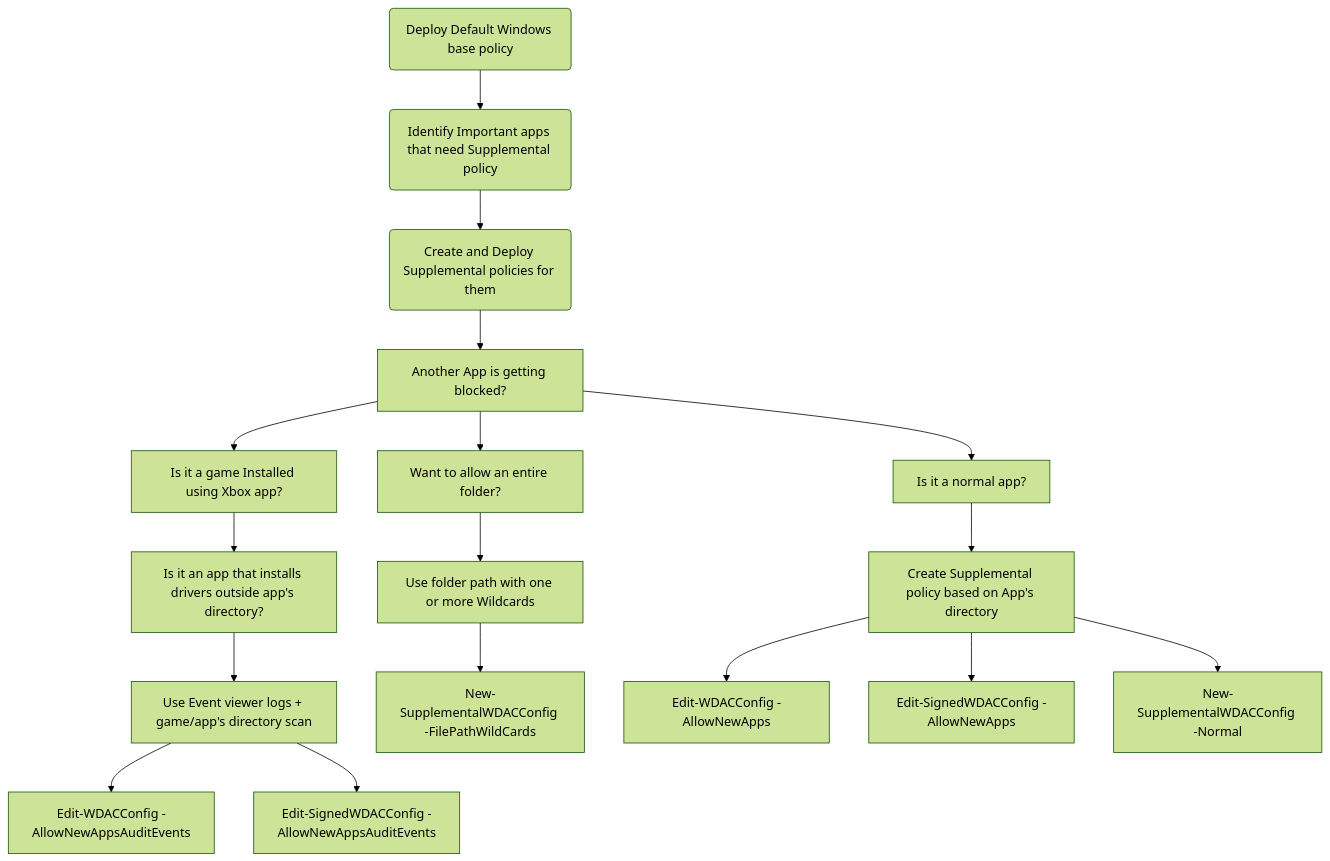
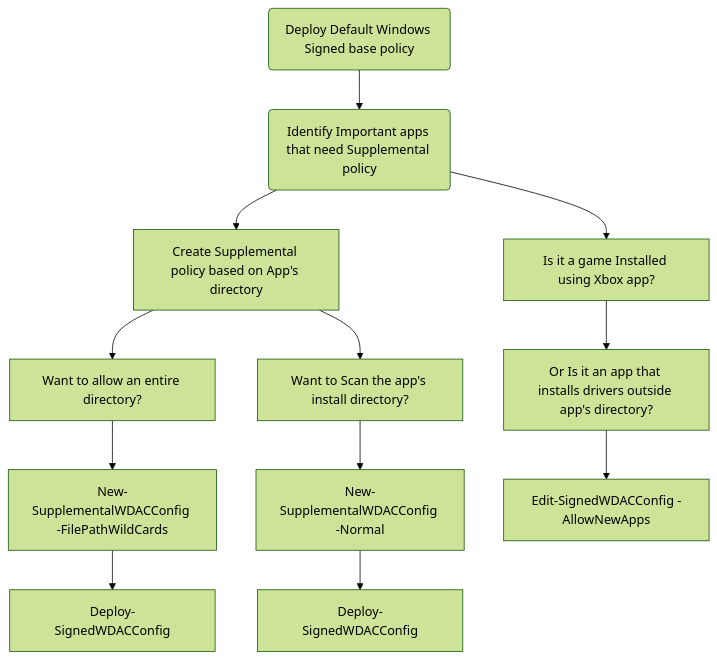
Before and after one commit to HotCakeX/Harden-Windows-Security: the diagram in Wiki posts/Windows Defender Application Control (WDAC)/WDAC for Fully managed device - Variant 4.md, drawn with Mermaid (forest theme). The commit also changed other lines of this file, not shown here.

````diff
--- a/Wiki posts/Windows Defender Application Control (WDAC)/WDAC for Fully managed device - Variant 4.md
+++ b/Wiki posts/Windows Defender Application Control (WDAC)/WDAC for Fully managed device - Variant 4.md
@@ -13,19 +13,14 @@
 ```mermaid
 flowchart TD
-    A(Deploy Default Windows base policy) -->B(Identify Important apps that need Supplemental policy)
-    B --> C(Create and Deploy Supplemental policies for them)
-    C --> D[Another App is getting blocked?]
-    D --> E[Is it a normal app?]
-    E --> F[Create Supplemental policy based on App's directory]
-    D --> G[Is it a game Installed using Xbox app?]
-    G --> H[Is it an app that installs drivers outside app's directory?]
-    H --> I[Use Event viewer logs + game/app's directory scan]
-    I --> J[Edit-WDACConfig -AllowNewAppsAuditEvents]
-    I --> K[Edit-SignedWDACConfig -AllowNewAppsAuditEvents]
-    D --> L[Want to allow an entire folder?]
-    L --> M[Use folder path with one or more Wildcards]
-    M --> N[New-SupplementalWDACConfig -FilePathWildCards]
-    F --> O[Edit-WDACConfig -AllowNewApps]
-    F --> P[Edit-SignedWDACConfig -AllowNewApps]
-    F --> Q[New-SupplementalWDACConfig -Normal]
+    A(Deploy Default Windows Signed base policy) -->B(Identify Important apps that need Supplemental policy)
+    B --> C[Create Supplemental policy based on App's directory]
+    C --> D[Want to allow an entire directory?]
+    D --> E[New-SupplementalWDACConfig -FilePathWildCards]
+    E --> AA[Deploy-SignedWDACConfig]
+    C --> F[Want to Scan the app's install directory?]
+    F --> G[New-SupplementalWDACConfig -Normal]
+    G --> AB[Deploy-SignedWDACConfig]
+    B --> H[Is it a game Installed using Xbox app?]
+    H --> I[Or Is it an app that installs drivers outside app's directory?]
+    I --> J[Edit-SignedWDACConfig -AllowNewApps]
 ```
````
